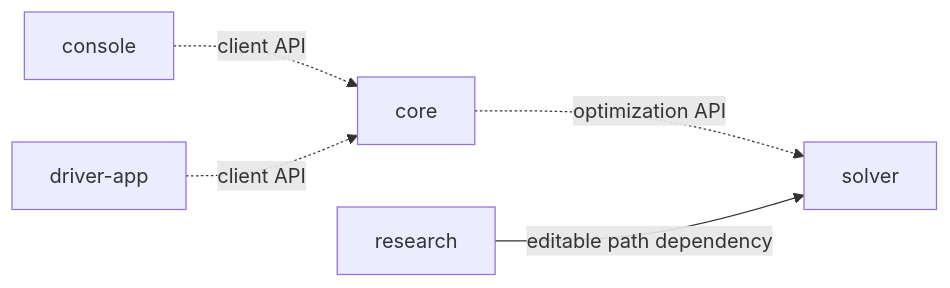
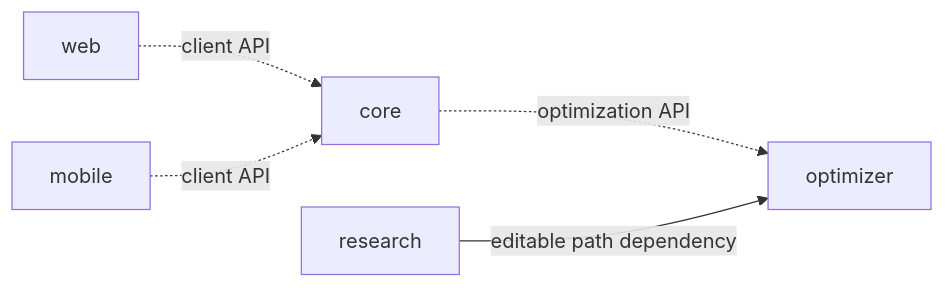
One commit to NaimElijah/DispatchFlow changed the first of 2 diagrams in docs/architecture/code-structure.md. Above: the diagram before and after it, drawn with Mermaid. The commit also changed other lines of this file and 744 other files, not shown here.

````diff
--- a/docs/architecture/code-structure.md
+++ b/docs/architecture/code-structure.md
@@ -60,7 +59,7 @@
 ```mermaid
 flowchart LR
-    console["console"] -.->|"client API"| core["core"]
-    driver["driver-app"] -.->|"client API"| core
-    core -.->|"optimization API"| solver["solver"]
-    research["research"] -->|"editable path dependency"| solver
+    web["web"] -.->|"client API"| core["core"]
+    mobile["mobile"] -.->|"client API"| core
+    core -.->|"optimization API"| optimizer["optimizer"]
+    research["research"] -->|"editable path dependency"| optimizer
 ```
````
